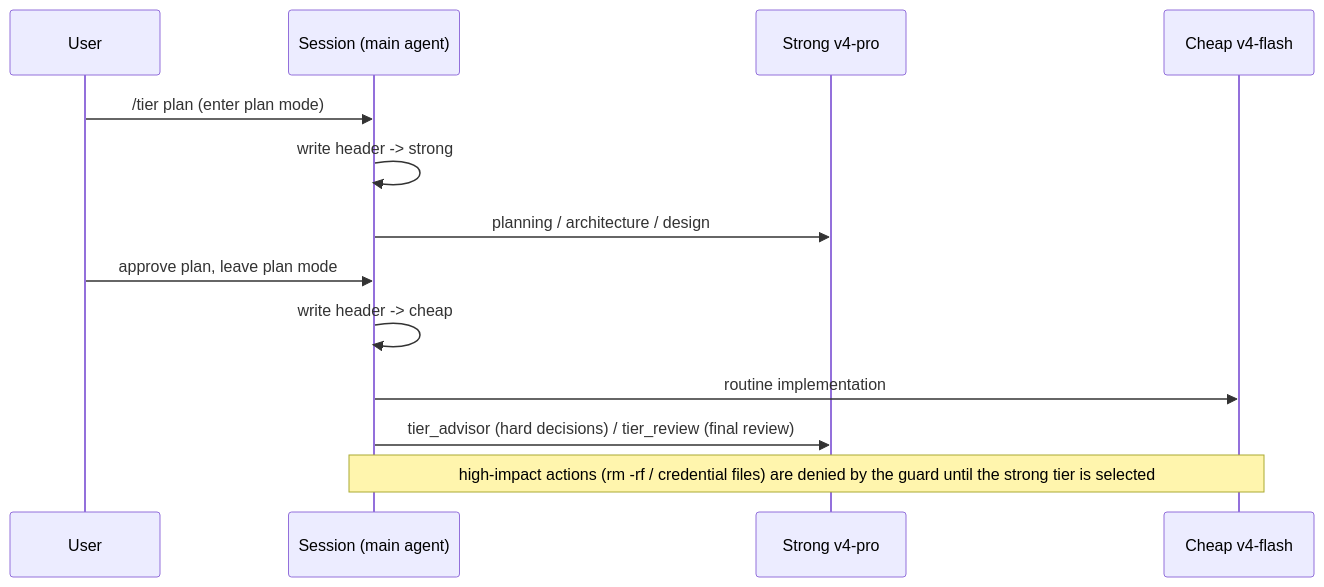
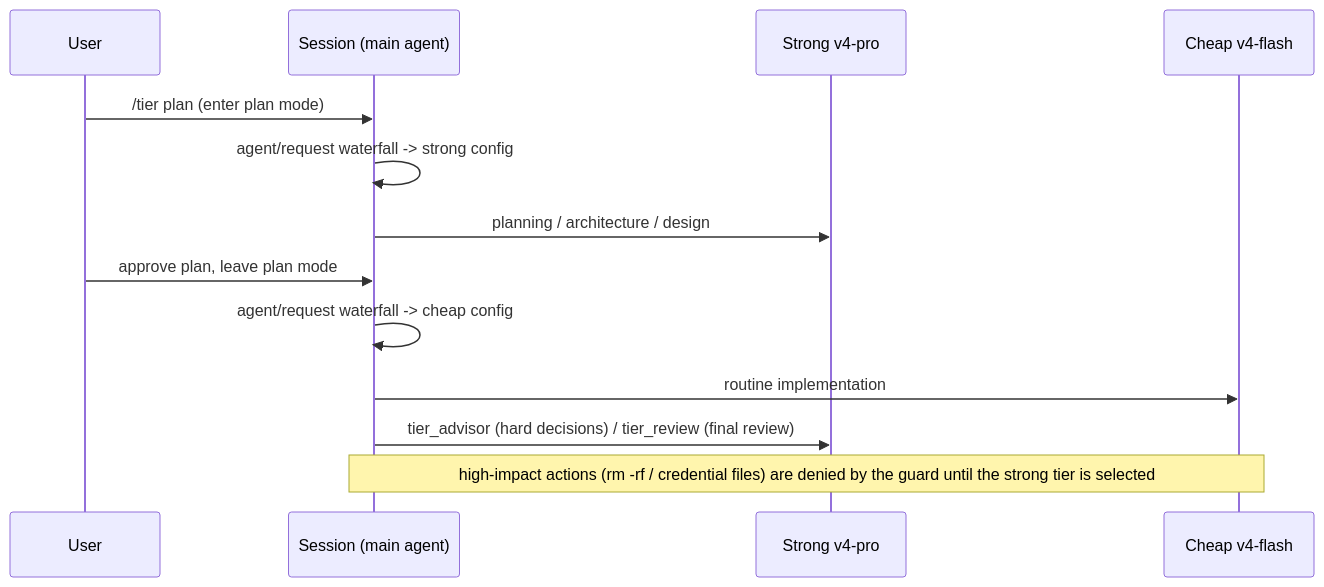
One commit to 20genesis14-sys/dsh-tier-orchestrator changed the second of 2 diagrams in README.md. Above: the diagram before and after it, drawn with Mermaid. The commit also changed other lines of this file and 2 other files, not shown here.

First line of the commit message:
docs: sync README/ARCHITECTURE with v0.10.1 behavior

````diff
--- a/README.md
+++ b/README.md
@@ -41,15 +42,15 @@
 ```mermaid
 sequenceDiagram
     participant U as User
     participant S as Session (main agent)
     participant A as Strong v4-pro
     participant C as Cheap v4-flash
     U->>S: /tier plan (enter plan mode)
-    S->>S: write header -> strong
+    S->>S: agent/request waterfall -> strong config
     S->>A: planning / architecture / design
     U->>S: approve plan, leave plan mode
-    S->>S: write header -> cheap
+    S->>S: agent/request waterfall -> cheap config
     S->>C: routine implementation
     S->>A: tier_advisor (hard decisions) / tier_review (final review)
     Note over S,C: high-impact actions (rm -rf / credential files) are denied by the guard until the strong tier is selected
 ```
````
